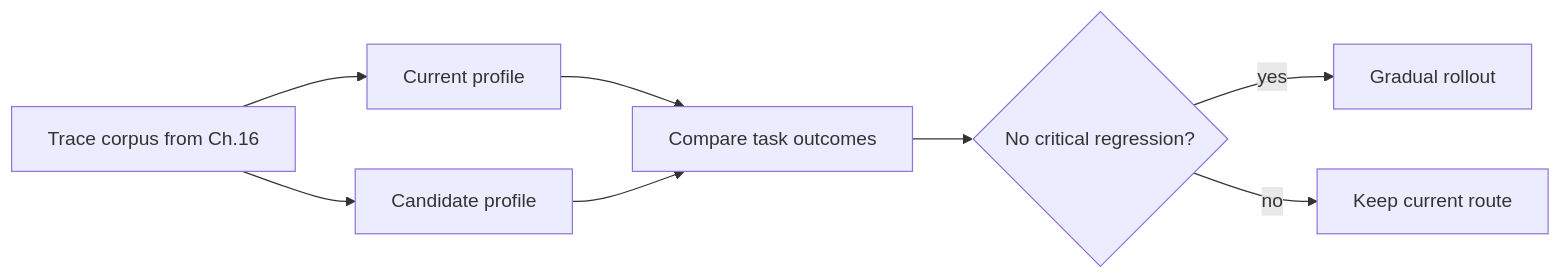
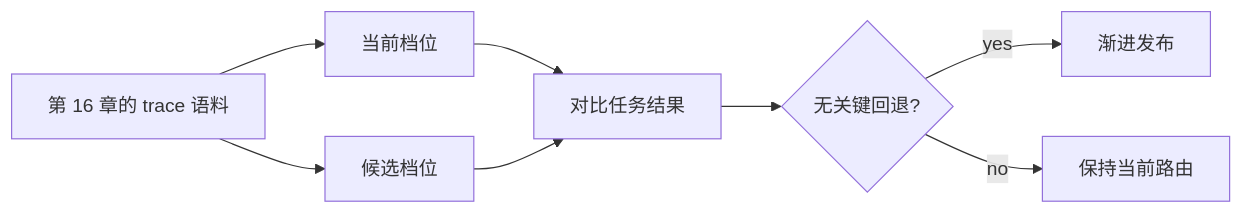
One commit to ocxers/agentic-ai-system-course-zh changed the second of 2 diagrams in course-zh/17-cost-latency-model-strategy.md. Above: the diagram before and after it, drawn with Mermaid. The commit also changed other lines of this file and 14 other files, not shown here.

````diff
--- a/course-zh/17-cost-latency-model-strategy.md
+++ b/course-zh/17-cost-latency-model-strategy.md
@@ -240,10 +240,10 @@
 ```mermaid
 flowchart LR
-    Traces["Trace corpus from Ch.16"] --> Old["Current profile"]
-    Traces --> New["Candidate profile"]
-    Old --> Compare["Compare task outcomes"]
+    Traces["第 16 章的 trace 语料"] --> Old["当前档位"]
+    Traces --> New["候选档位"]
+    Old --> Compare["对比任务结果"]
     New --> Compare
-    Compare --> Pass{"No critical regression?"}
-    Pass -- yes --> Promote["Gradual rollout"]
-    Pass -- no --> Keep["Keep current route"]
+    Compare --> Pass{"无关键回退?"}
+    Pass -- yes --> Promote["渐进发布"]
+    Pass -- no --> Keep["保持当前路由"]
 ```
````
